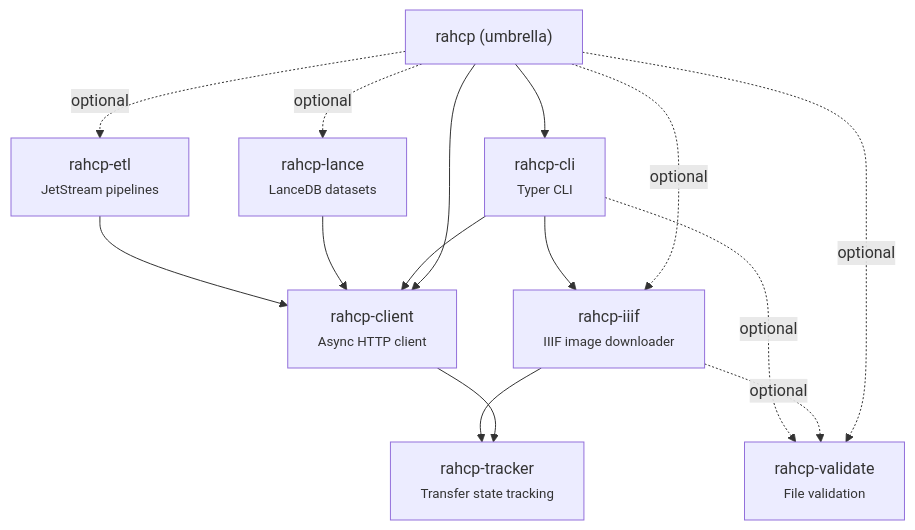
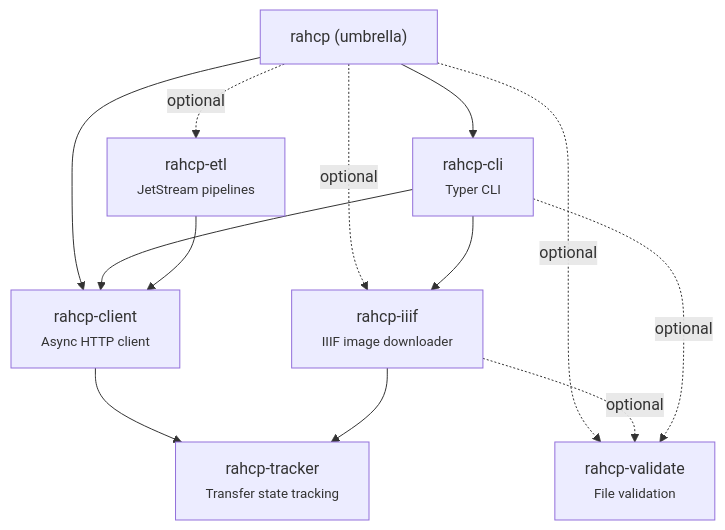
Before and after one commit to AI-Riksarkivet/ra-hcp: the diagram in docs/sdk/index.md, drawn with Mermaid. The commit also changed other lines of this file and 63 other files, not shown here.

First line of the commit message:
feat!: v0.2.0 — optional MAPI, remove Lance, Trivy CVE scanning, cache fix

````diff
--- a/docs/sdk/index.md
+++ b/docs/sdk/index.md
@@ -5,26 +5,23 @@
 ```mermaid
 graph TD
     ROOT["rahcp (umbrella)"]
     TRACKER["rahcp-tracker<br/><small>Transfer state tracking</small>"]
     CLIENT["rahcp-client<br/><small>Async HTTP client</small>"]
     CLI["rahcp-cli<br/><small>Typer CLI</small>"]
     IIIF["rahcp-iiif<br/><small>IIIF image downloader</small>"]
-    LANCE["rahcp-lance<br/><small>LanceDB datasets</small>"]
     ETL["rahcp-etl<br/><small>JetStream pipelines</small>"]
     VAL["rahcp-validate<br/><small>File validation</small>"]
 
     ROOT --> CLIENT
     ROOT --> CLI
     ROOT -.->|optional| IIIF
-    ROOT -.->|optional| LANCE
     ROOT -.->|optional| ETL
     ROOT -.->|optional| VAL
     CLIENT --> TRACKER
     IIIF --> TRACKER
     IIIF -.->|optional| VAL
     CLI --> CLIENT
     CLI --> IIIF
     CLI -.->|optional| VAL
-    LANCE --> CLIENT
     ETL --> CLIENT
 ```
````
